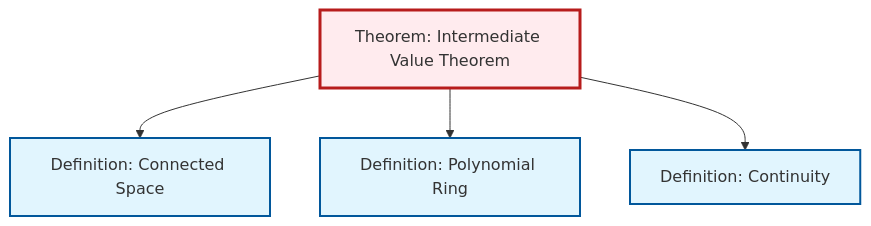
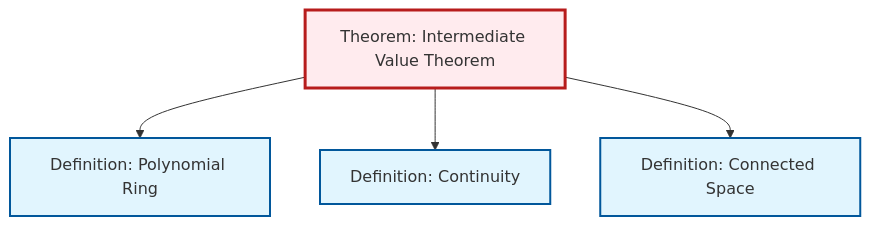
Before and after one commit to RK0429/ModernMath: the diagram in content/ja/topology/thm-intermediate-value.qmd, drawn with Mermaid. The commit also changed other lines of this file and 597 other files, not shown here.

````diff
--- a/content/ja/topology/thm-intermediate-value.qmd
+++ b/content/ja/topology/thm-intermediate-value.qmd
@@ -52,20 +52,20 @@
 ```{mermaid}
 %%| fig-cap: "Local dependency graph"
 graph TD
     classDef definition fill:#e1f5fe,stroke:#01579b,stroke-width:2px
     classDef theorem fill:#f3e5f5,stroke:#4a148c,stroke-width:2px
     classDef axiom fill:#fff3e0,stroke:#e65100,stroke-width:2px
     classDef example fill:#e8f5e9,stroke:#1b5e20,stroke-width:2px
     classDef current fill:#ffebee,stroke:#b71c1c,stroke-width:3px
-    thm-intermediate-value["Theorem: Intermediate Value Theorem"]:::theorem
     def-connected["Definition: Connected Space"]:::definition
     def-polynomial-ring["Definition: Polynomial Ring"]:::definition
+    thm-intermediate-value["Theorem: Intermediate Value Theorem"]:::theorem
     def-continuity["Definition: Continuity"]:::definition
-    thm-intermediate-value --> def-connected
     thm-intermediate-value --> def-polynomial-ring
     thm-intermediate-value --> def-continuity
+    thm-intermediate-value --> def-connected
     class thm-intermediate-value current
     click def-connected "def-connected.html" "Definition: Connected Spaceへ"
     click def-polynomial-ring "def-polynomial-ring.html" "Definition: Polynomial Ringへ"
     click def-continuity "def-continuity.html" "Definition: Continuityへ"
 ```
````
